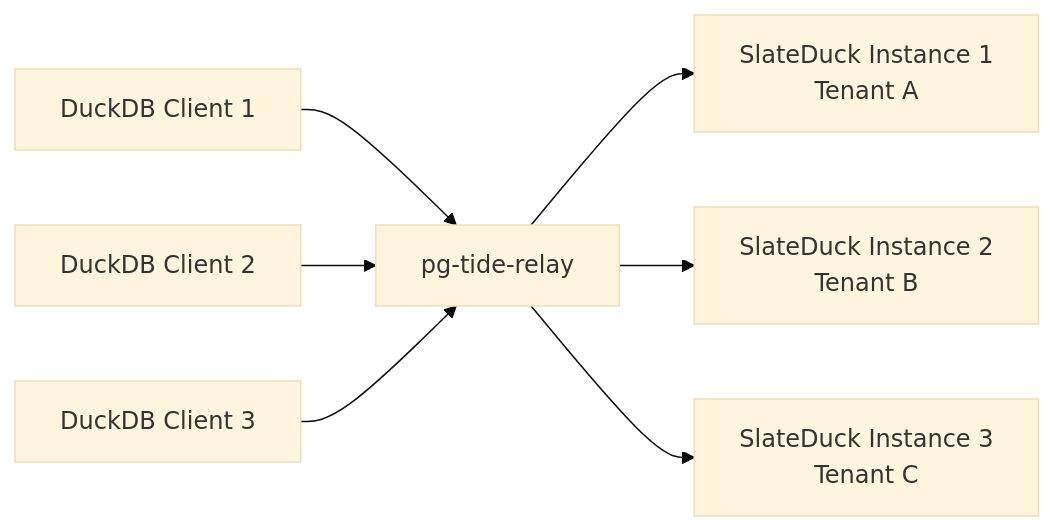
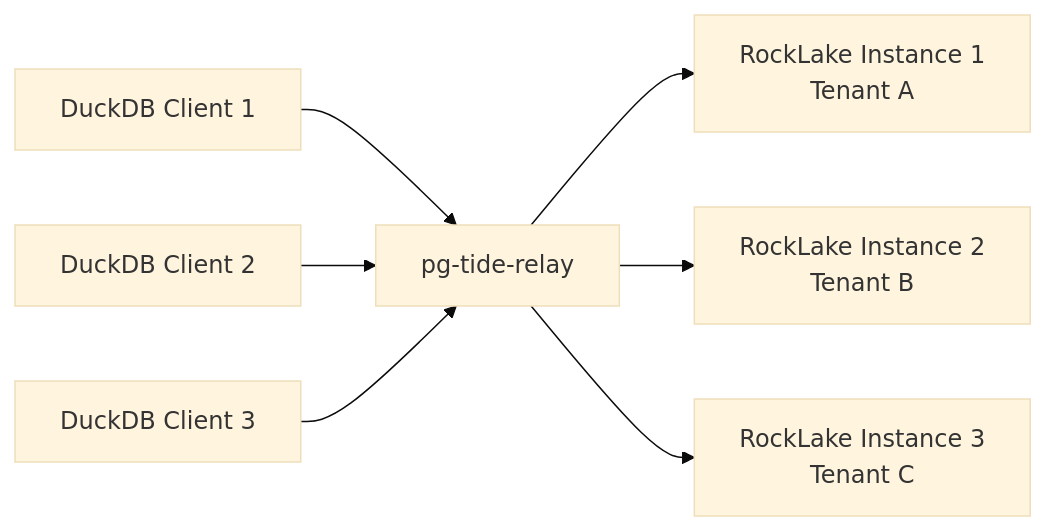
The diagram in docs/integration/pg-tide-relay.md (trickle-labs/rocklake), drawn with Mermaid (base theme) before and after one commit. The commit also changed other lines of this file and 398 other files, not shown here.

First line of the commit message:
rename: SlateDuck -> RockLake across entire codebase (#48)

````diff
--- a/docs/integration/pg-tide-relay.md
+++ b/docs/integration/pg-tide-relay.md
@@ -9,9 +9,9 @@
 ```mermaid
 graph LR
     D1[DuckDB Client 1] --> R[pg-tide-relay]
     D2[DuckDB Client 2] --> R
     D3[DuckDB Client 3] --> R
-    R --> S1[SlateDuck Instance 1<br/>Tenant A]
-    R --> S2[SlateDuck Instance 2<br/>Tenant B]
-    R --> S3[SlateDuck Instance 3<br/>Tenant C]
+    R --> S1[RockLake Instance 1<br/>Tenant A]
+    R --> S2[RockLake Instance 2<br/>Tenant B]
+    R --> S3[RockLake Instance 3<br/>Tenant C]
 ```
````
